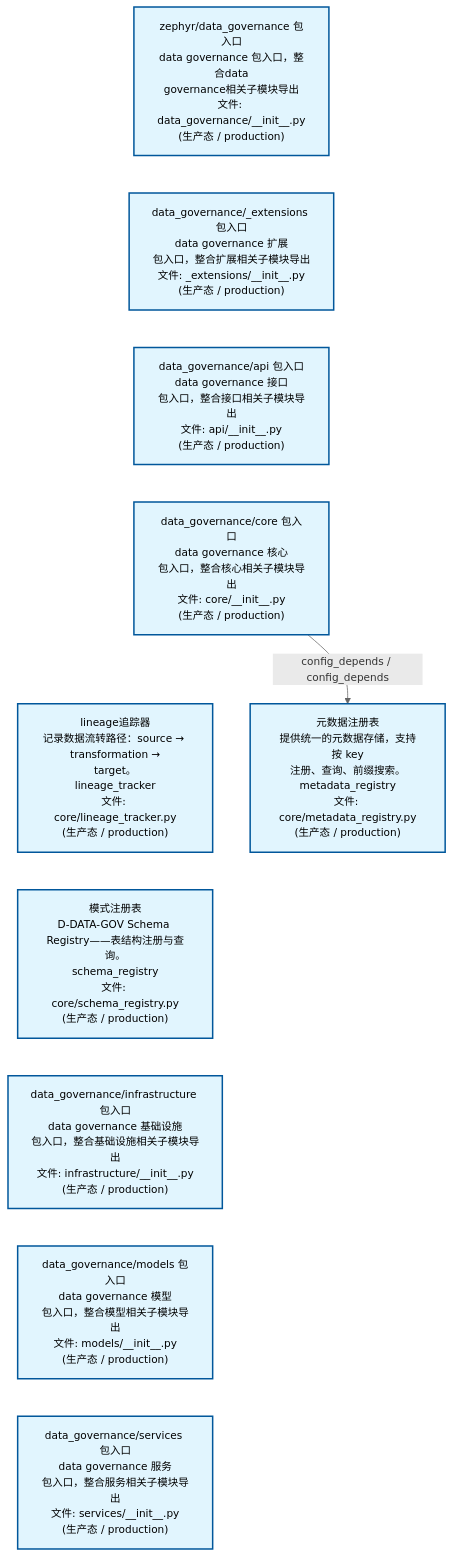
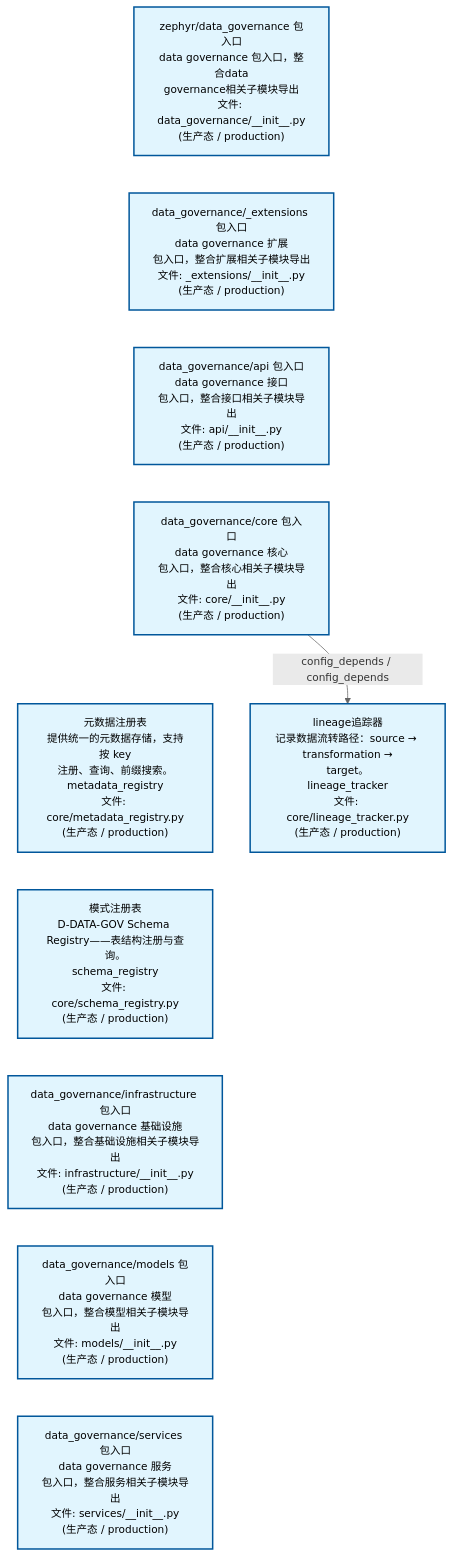
One commit to xuanFelixVan/ZephyrAlpha changed the second of 3 diagrams in docs/02_enterprise_architecture/02_domain_architecture_docs/13_d_data_gov.md. Above: the diagram before and after it, drawn with Mermaid. The commit also changed other lines of this file and 45 other files, not shown here.

````diff
--- a/docs/02_enterprise_architecture/02_domain_architecture_docs/13_d_data_gov.md
+++ b/docs/02_enterprise_architecture/02_domain_architecture_docs/13_d_data_gov.md
@@ -89,28 +89,28 @@
 ```mermaid
 %%{init: {'theme': 'base', 'themeVariables': {'primaryColor': '#eaeaea', 'primaryTextColor': '#333333', 'primaryBorderColor': '#666666', 'lineColor': '#666666', 'secondaryColor': '#eaeaea', 'tertiaryColor': '#eaeaea', 'fontSize': '14px'}}}%%
 flowchart TD
     src_zephyr_data_governance_init_py["zephyr/data_governance 包入口<br/>data governance 包入口，整合data<br/>governance相关子模块导出<br/>文件: data_governance/__init__.py<br/>(生产态 / production)"]
     src_zephyr_data_governance_extensions_init_py["data_governance/_extensions 包入口<br/>data governance 扩展<br/>包入口，整合扩展相关子模块导出<br/>文件: _extensions/__init__.py<br/>(生产态 / production)"]
     src_zephyr_data_governance_api_init_py["data_governance/api 包入口<br/>data governance 接口<br/>包入口，整合接口相关子模块导出<br/>文件: api/__init__.py<br/>(生产态 / production)"]
     src_zephyr_data_governance_core_init_py["data_governance/core 包入口<br/>data governance 核心<br/>包入口，整合核心相关子模块导出<br/>文件: core/__init__.py<br/>(生产态 / production)"]
-    src_zephyr_data_governance_core_lineage_tracker_py["lineage追踪器<br/>记录数据流转路径：source → transformation →<br/>target。<br/>lineage_tracker<br/>文件: core/lineage_tracker.py<br/>(生产态 / production)"]
+    src_zephyr_data_governance_core_metadata_registry_py["元数据注册表<br/>提供统一的元数据存储，支持按 key<br/>注册、查询、前缀搜索。<br/>metadata_registry<br/>文件: core/metadata_registry.py<br/>(生产态 / production)"]
     src_zephyr_data_governance_core_schema_registry_py["模式注册表<br/>D-DATA-GOV Schema Registry——表结构注册与查询。<br/>schema_registry<br/>文件: core/schema_registry.py<br/>(生产态 / production)"]
     src_zephyr_data_governance_infrastructure_init_py["data_governance/infrastructure 包入口<br/>data governance 基础设施<br/>包入口，整合基础设施相关子模块导出<br/>文件: infrastructure/__init__.py<br/>(生产态 / production)"]
     src_zephyr_data_governance_models_init_py["data_governance/models 包入口<br/>data governance 模型<br/>包入口，整合模型相关子模块导出<br/>文件: models/__init__.py<br/>(生产态 / production)"]
     src_zephyr_data_governance_services_init_py["data_governance/services 包入口<br/>data governance 服务<br/>包入口，整合服务相关子模块导出<br/>文件: services/__init__.py<br/>(生产态 / production)"]
     src_zephyr_data_governance_init_py ~~~ src_zephyr_data_governance_extensions_init_py
     src_zephyr_data_governance_extensions_init_py ~~~ src_zephyr_data_governance_api_init_py
     src_zephyr_data_governance_api_init_py ~~~ src_zephyr_data_governance_core_init_py
-    src_zephyr_data_governance_core_init_py ~~~ src_zephyr_data_governance_core_lineage_tracker_py
-    src_zephyr_data_governance_core_lineage_tracker_py ~~~ src_zephyr_data_governance_core_schema_registry_py
+    src_zephyr_data_governance_core_init_py ~~~ src_zephyr_data_governance_core_metadata_registry_py
+    src_zephyr_data_governance_core_metadata_registry_py ~~~ src_zephyr_data_governance_core_schema_registry_py
     src_zephyr_data_governance_core_schema_registry_py ~~~ src_zephyr_data_governance_infrastructure_init_py
     src_zephyr_data_governance_infrastructure_init_py ~~~ src_zephyr_data_governance_models_init_py
     src_zephyr_data_governance_models_init_py ~~~ src_zephyr_data_governance_services_init_py
-    src_zephyr_data_governance_core_metadata_registry_py["元数据注册表<br/>提供统一的元数据存储，支持按 key<br/>注册、查询、前缀搜索。<br/>metadata_registry<br/>文件: core/metadata_registry.py<br/>(生产态 / production)"]
-    src_zephyr_data_governance_core_init_py -->|config_depends / config_depends| src_zephyr_data_governance_core_metadata_registry_py
+    src_zephyr_data_governance_core_lineage_tracker_py["lineage追踪器<br/>记录数据流转路径：source → transformation →<br/>target。<br/>lineage_tracker<br/>文件: core/lineage_tracker.py<br/>(生产态 / production)"]
+    src_zephyr_data_governance_core_init_py -->|config_depends / config_depends| src_zephyr_data_governance_core_lineage_tracker_py
     classDef production fill:#e1f5fe,stroke:#01579b,stroke-width:2px,color:#000
     classDef design fill:#fff3e0,stroke:#e65100,stroke-width:2px,color:#000,stroke-dasharray: 5 5
     classDef external_prod fill:#e8f4fd,stroke:#0277bd,stroke-width:1px,color:#000
     classDef external_design fill:#fff8e7,stroke:#ef6c00,stroke-width:1px,color:#000,stroke-dasharray: 5 5
     class src_zephyr_data_governance_init_py,src_zephyr_data_governance_extensions_init_py,src_zephyr_data_governance_api_init_py,src_zephyr_data_governance_core_init_py,src_zephyr_data_governance_core_lineage_tracker_py,src_zephyr_data_governance_core_metadata_registry_py,src_zephyr_data_governance_core_schema_registry_py,src_zephyr_data_governance_infrastructure_init_py,src_zephyr_data_governance_models_init_py,src_zephyr_data_governance_services_init_py production
 ```
````
